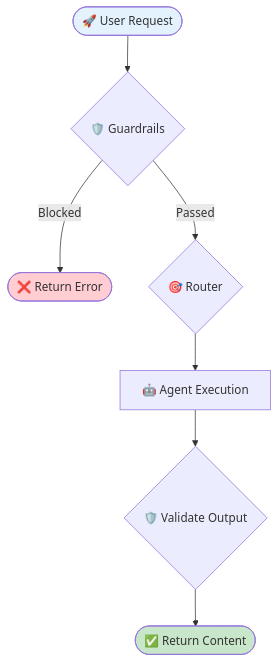
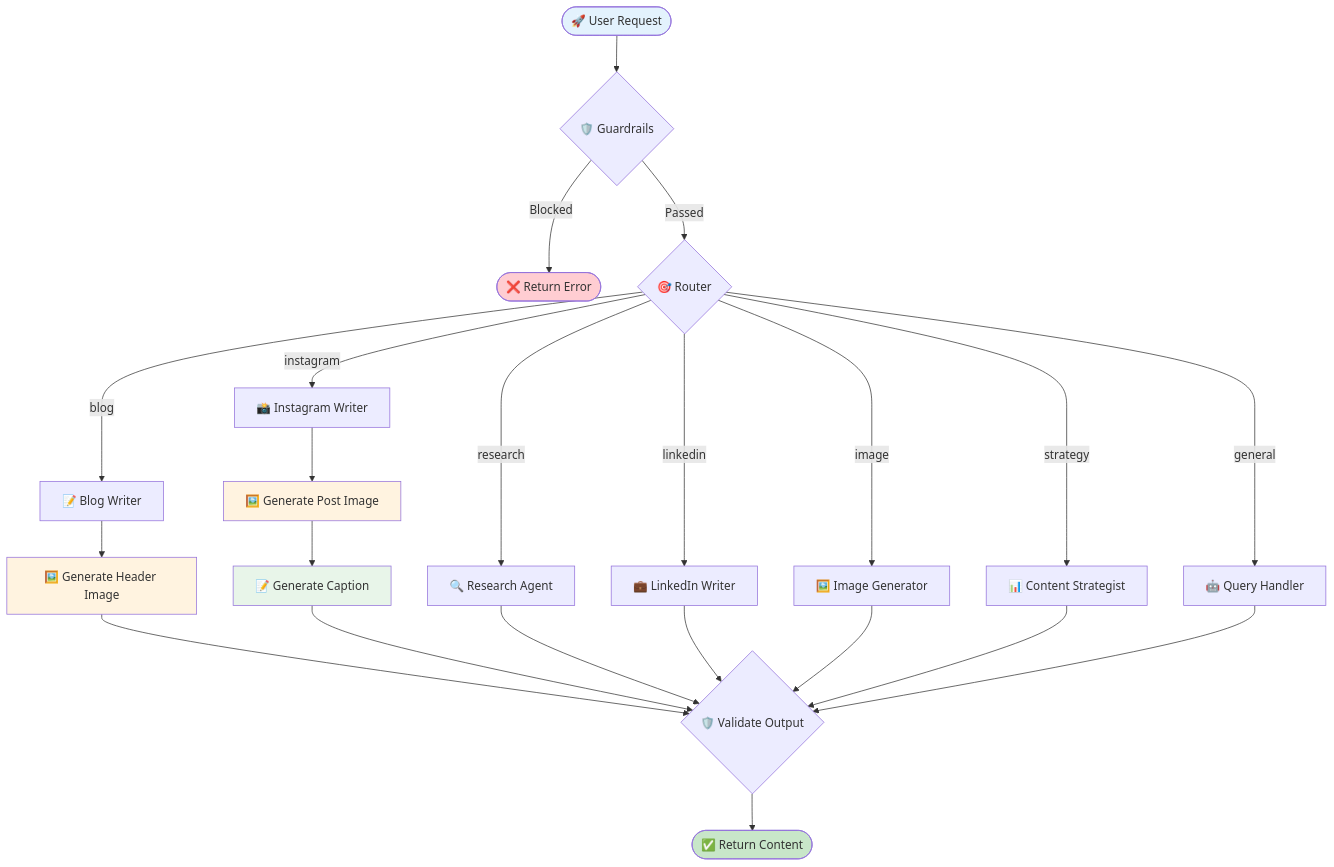
The first of 3 diagrams in docs/langgraph_flowchart.md (jayanthanantharaman/reach), drawn with Mermaid before and after one commit. The commit also changed other lines of this file and 6 other files, not shown here.

Commit message:
REACH - Fixed blog writer flow to generate images and updated relevant flow documents

````diff
--- a/docs/langgraph_flowchart.md
+++ b/docs/langgraph_flowchart.md
@@ -62,13 +78,36 @@
 ```mermaid
 flowchart TD
     START([🚀 User Request]) --> GUARDRAILS{🛡️ Guardrails}
     GUARDRAILS -->|Blocked| END_BLOCKED([❌ Return Error])
     GUARDRAILS -->|Passed| ROUTER{🎯 Router}
-    ROUTER --> AGENT[🤖 Agent Execution]
-    AGENT --> VALIDATE{🛡️ Validate Output}
+    
+    ROUTER -->|research| RESEARCH[🔍 Research Agent]
+    ROUTER -->|blog| BLOG[📝 Blog Writer]
+    ROUTER -->|linkedin| LINKEDIN[💼 LinkedIn Writer]
+    ROUTER -->|instagram| INSTAGRAM[📸 Instagram Writer]
+    ROUTER -->|image| IMAGE[🖼️ Image Generator]
+    ROUTER -->|strategy| STRATEGY[📊 Content Strategist]
+    ROUTER -->|general| GENERAL[🤖 Query Handler]
+    
+    BLOG --> BLOG_IMG[🖼️ Generate Header Image]
+    BLOG_IMG --> VALIDATE
+    
+    INSTAGRAM --> IG_IMG[🖼️ Generate Post Image]
+    IG_IMG --> IG_CAPTION[📝 Generate Caption]
+    IG_CAPTION --> VALIDATE
+    
+    RESEARCH --> VALIDATE{🛡️ Validate Output}
+    LINKEDIN --> VALIDATE
+    IMAGE --> VALIDATE
+    STRATEGY --> VALIDATE
+    GENERAL --> VALIDATE
+    
     VALIDATE --> SUCCESS([✅ Return Content])
 
     style START fill:#e3f2fd
     style END_BLOCKED fill:#ffcdd2
     style SUCCESS fill:#c8e6c9
+    style BLOG_IMG fill:#fff3e0
+    style IG_IMG fill:#fff3e0
+    style IG_CAPTION fill:#e8f5e9
 ```
````
